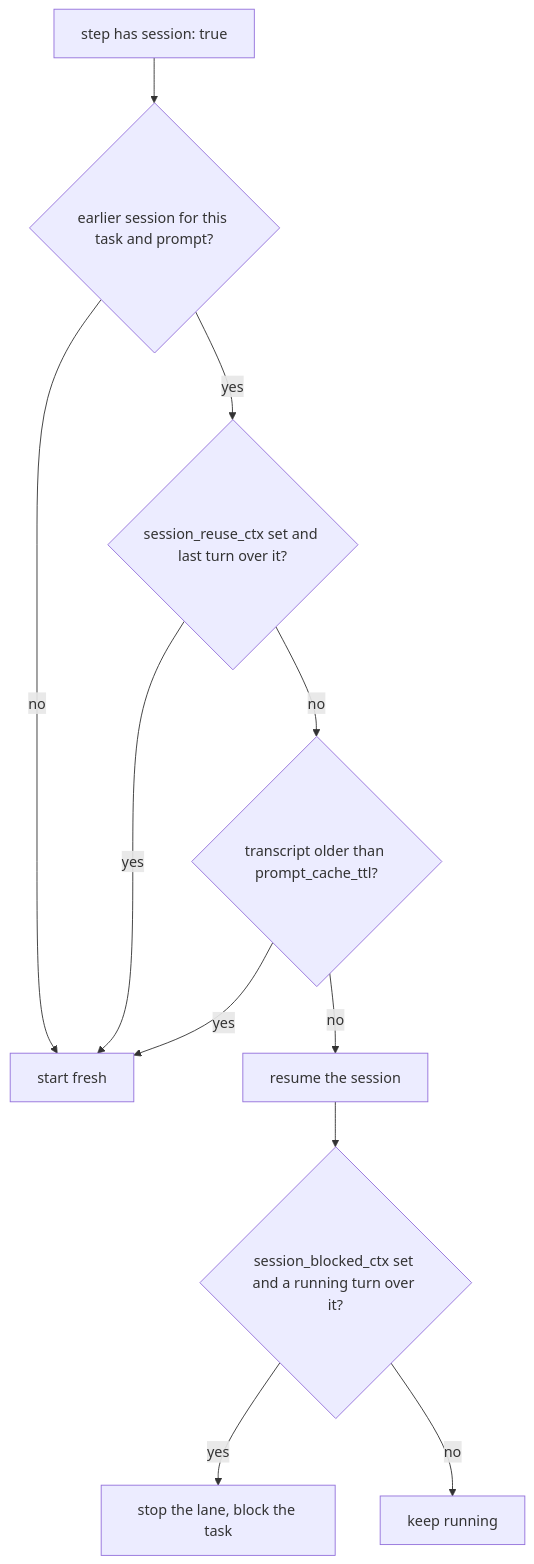
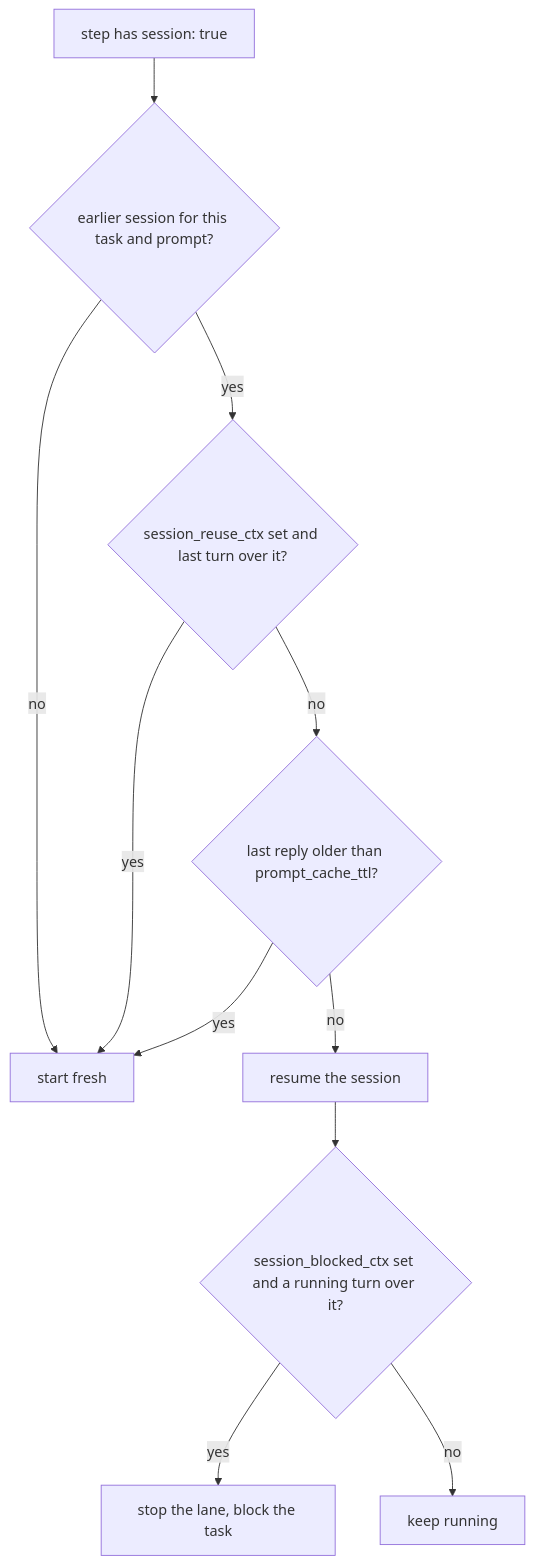
Before and after one commit to marvingygas/spoolway: the diagram in docs/agents.md, drawn with Mermaid. The commit also changed other lines of this file and 7 other files, not shown here.

Commit message:
feat(dispatch): age a session from its last reply and check it on every resume

````diff
--- a/docs/agents.md
+++ b/docs/agents.md
@@ -96,13 +104,13 @@
 ```mermaid
 flowchart TD
   A[step has session: true] --> B{earlier session for this task and prompt?}
   B -- no --> F[start fresh]
   B -- yes --> C{session_reuse_ctx set and last turn over it?}
   C -- yes --> F
-  C -- no --> D{transcript older than prompt_cache_ttl?}
+  C -- no --> D{last reply older than prompt_cache_ttl?}
   D -- yes --> F
   D -- no --> R[resume the session]
   R --> E{session_blocked_ctx set and a running turn over it?}
   E -- yes --> S[stop the lane, block the task]
   E -- no --> K[keep running]
 ```
````
